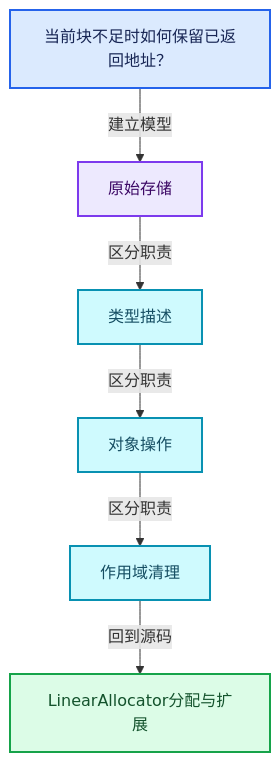
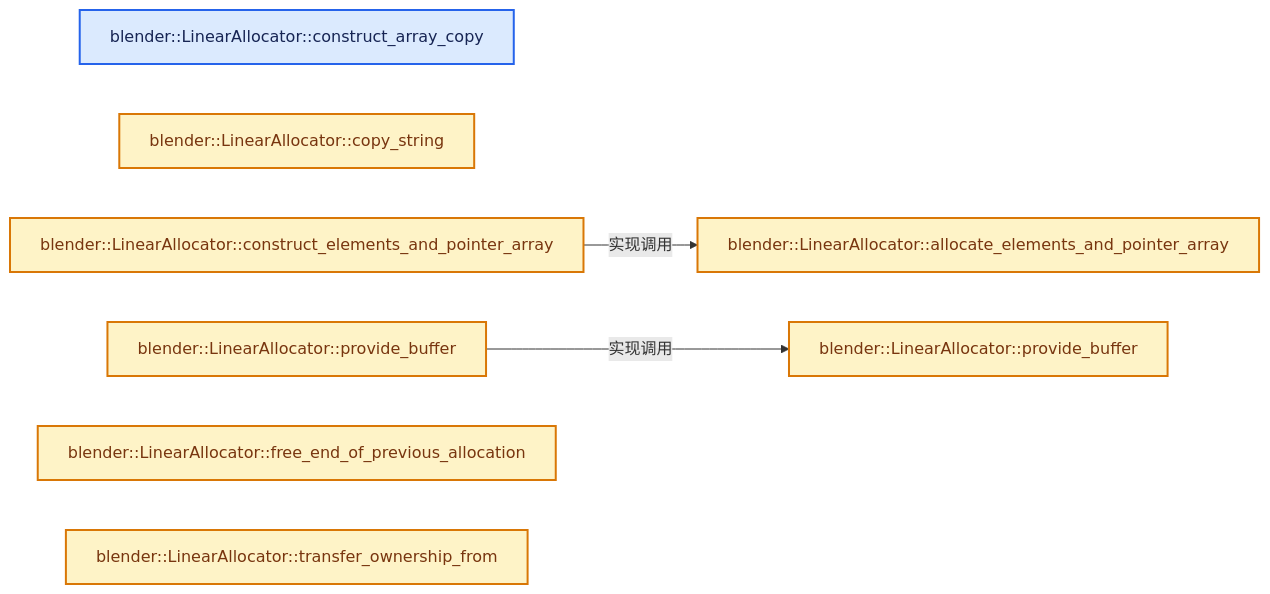
Before and after one commit to yunkezengren/blender-.vscode: the second of 4 diagrams in 杂/markdown/全面学习-codex/03-内存分配与运行时类型/03-LinearAllocator分配与扩展.md, drawn with Mermaid. The commit also changed other lines of this file and 1930 other files, not shown here.

````diff
--- a/杂/markdown/全面学习-codex/03-内存分配与运行时类型/03-LinearAllocator分配与扩展.md
+++ b/杂/markdown/全面学习-codex/03-内存分配与运行时类型/03-LinearAllocator分配与扩展.md
@@ -60,20 +46,19 @@
 ```mermaid
-flowchart TB
-  Q["当前块不足时如何保留已返回地址？"]:::input
-  C0["原始存储"]:::abstraction
-  C1["类型描述"]:::data
-  C2["对象操作"]:::data
-  C3["作用域清理"]:::data
-  R["LinearAllocator分配与扩展"]:::result
-  Q -->|"建立模型"| C0
-  C0 -->|"区分职责"| C1
-  C1 -->|"区分职责"| C2
-  C2 -->|"区分职责"| C3
-  C3 -->|"回到源码"| R
+flowchart LR
+  F0["blender::LinearAllocator::construct_array_copy"]:::input
+  F1["blender::LinearAllocator::copy_string"]:::compute
+  F2["blender::LinearAllocator::allocate_elements_and_pointer_array"]:::compute
+  F3["blender::LinearAllocator::construct_elements_and_pointer_array"]:::compute
+  F4["blender::LinearAllocator::provide_buffer"]:::compute
+  F5["blender::LinearAllocator::provide_buffer"]:::compute
+  F6["blender::LinearAllocator::free_end_of_previous_allocation"]:::compute
+  F7["blender::LinearAllocator::transfer_ownership_from"]:::compute
+  F3 -->|"实现调用"| F2
+  F5 -->|"实现调用"| F4
   classDef input fill:#DBEAFE,stroke:#2563EB,color:#172554,stroke-width:2px;
   classDef data fill:#CFFAFE,stroke:#0891B2,color:#164E63,stroke-width:2px;
   classDef abstraction fill:#EDE9FE,stroke:#7C3AED,color:#3B0764,stroke-width:2px;
   classDef compute fill:#FEF3C7,stroke:#D97706,color:#78350F,stroke-width:2px;
   classDef result fill:#DCFCE7,stroke:#16A34A,color:#14532D,stroke-width:2px;
   classDef error fill:#FEE2E2,stroke:#DC2626,color:#7F1D1D,stroke-width:2px;
 ```
````
